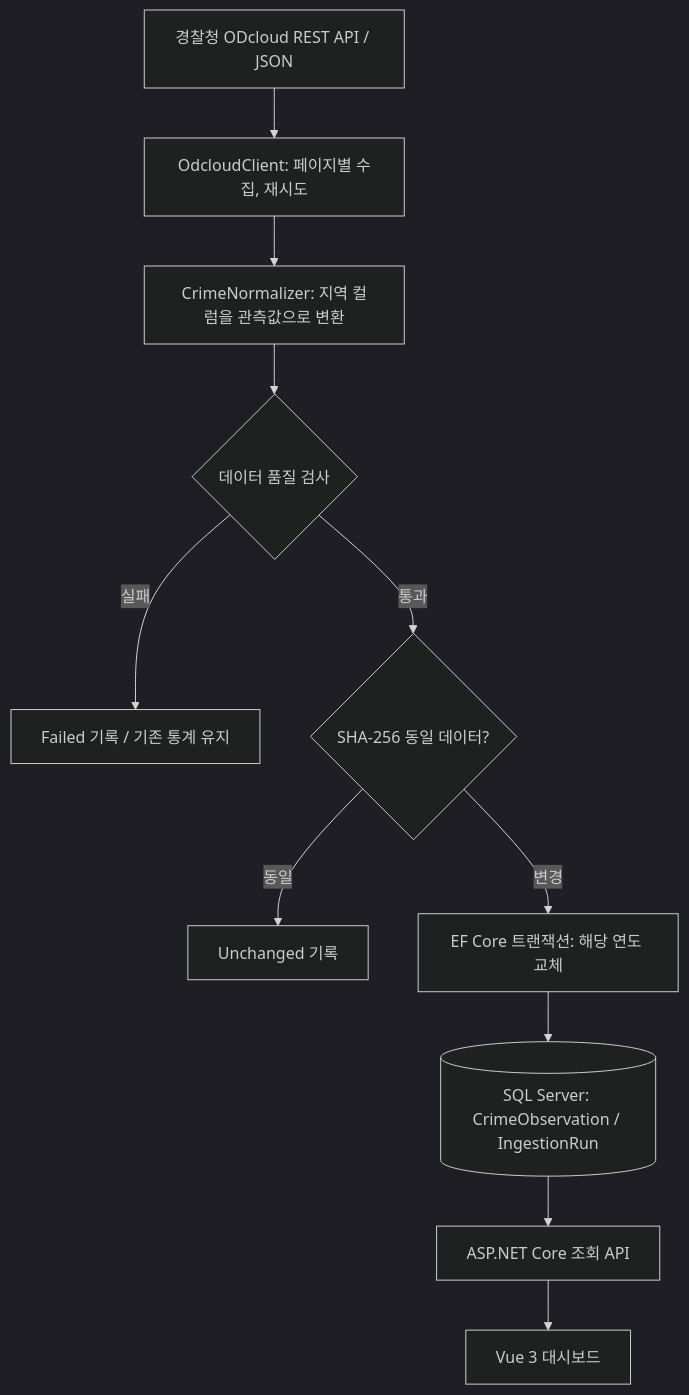
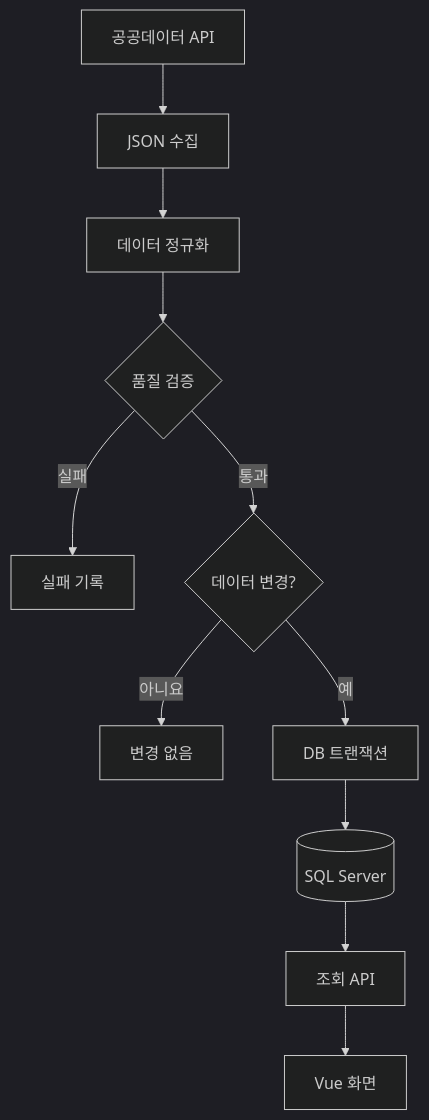
Before and after one commit to EddieEom/CRIMAP_INSIGHT: the diagram in README.md, drawn with Mermaid (dark theme). The commit also changed other lines of this file, not shown here.

Commit message:
docs(readme): fix clipped Mermaid data-pipeline labels on GitHub
- Replace long flowchart node labels with short Korean stage names that fit narrow diagram boxes.
- Preserve success/failure and changed/unchanged decision branches.
- Add a readable stage-by-stage table with responsibilities and source file references.
- Keep data integrity, AI contribution, screenshots and validation sections unchanged.

````diff
--- a/README.md
+++ b/README.md
@@ -49,13 +49,13 @@
 ```mermaid
 flowchart TD
-  A[경찰청 ODcloud REST API / JSON] --> B[OdcloudClient: 페이지별 수집, 재시도]
-  B --> C[CrimeNormalizer: 지역 컬럼을 관측값으로 변환]
-  C --> D{데이터 품질 검사}
-  D -->|실패| E[Failed 기록 / 기존 통계 유지]
-  D -->|통과| F{SHA-256 동일 데이터?}
-  F -->|동일| G[Unchanged 기록]
-  F -->|변경| H[EF Core 트랜잭션: 해당 연도 교체]
-  H --> I[(SQL Server: CrimeObservation / IngestionRun)]
-  I --> J[ASP.NET Core 조회 API]
-  J --> K[Vue 3 대시보드]
+  A["공공데이터 API"] --> B["JSON 수집"]
+  B --> C["데이터 정규화"]
+  C --> D{"품질 검증"}
+  D -->|실패| E["실패 기록"]
+  D -->|통과| F{"데이터 변경?"}
+  F -->|아니요| G["변경 없음"]
+  F -->|예| H["DB 트랜잭션"]
+  H --> I[("SQL Server")]
+  I --> J["조회 API"]
+  J --> K["Vue 화면"]
 ```
````
